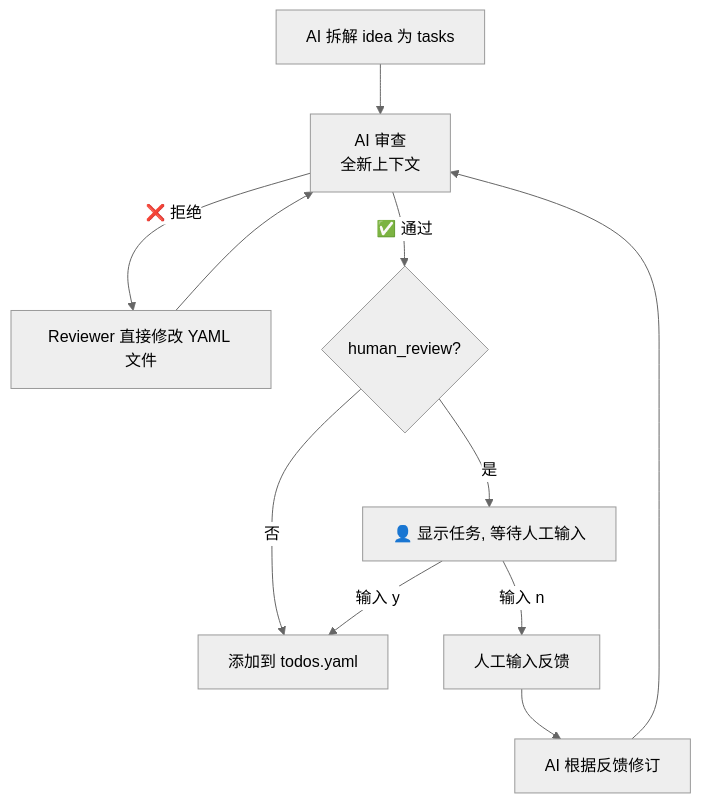
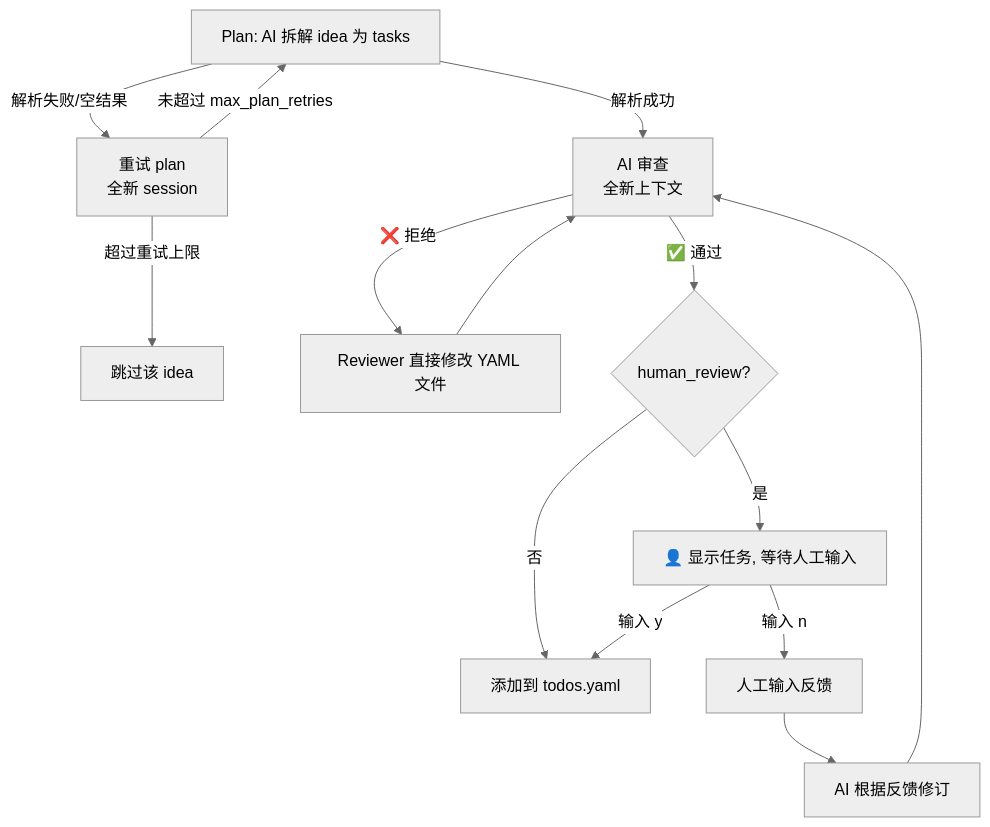
One commit to fxdgg/autoagent changed the third of 3 diagrams in doc/ARCHITECTURE.md. Above: the diagram before and after it, drawn with Mermaid (neutral theme). The commit also changed other lines of this file and 3 other files, not shown here.

````diff
--- a/doc/ARCHITECTURE.md
+++ b/doc/ARCHITECTURE.md
@@ -2146,13 +2147,16 @@
 ```mermaid
 graph TD
-    A[AI 拆解 idea 为 tasks] --> B[AI 审查<br/>全新上下文]
+    P[Plan: AI 拆解 idea 为 tasks] -->|解析失败/空结果| P2[重试 plan<br/>全新 session]
+    P2 -->|未超过 max_plan_retries| P
+    P2 -->|超过重试上限| SKIP[跳过该 idea]
+    P -->|解析成功| B[AI 审查<br/>全新上下文]
     B -->|❌ 拒绝| C[Reviewer 直接修改 YAML 文件]
     C --> B
     B -->|✅ 通过| D{human_review?}
     D -->|否| E[添加到 todos.yaml]
     D -->|是| F["👤 显示任务, 等待人工输入"]
     F -->|输入 y| E
     F -->|输入 n| G[人工输入反馈]
     G --> H[AI 根据反馈修订]
     H --> B
 ```
````
